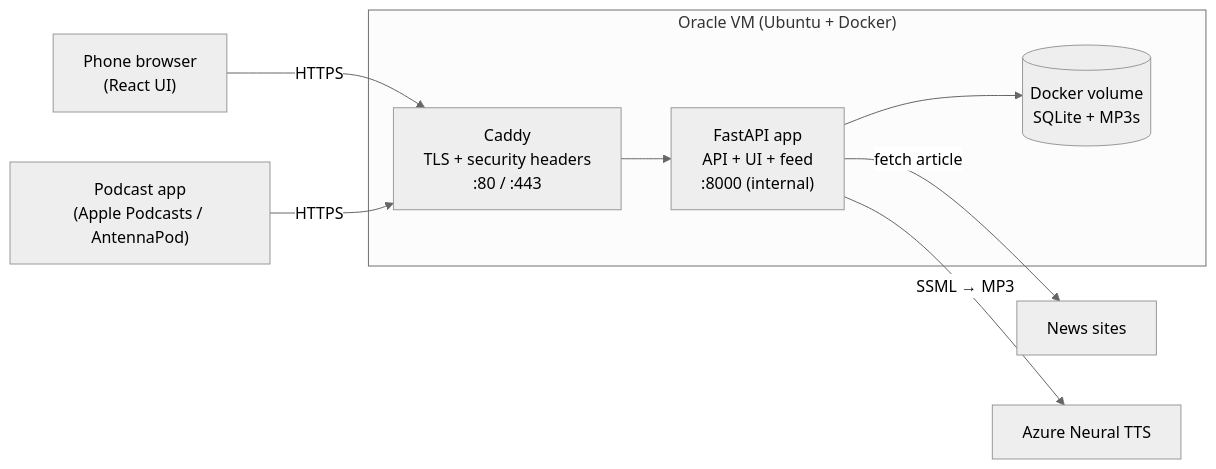
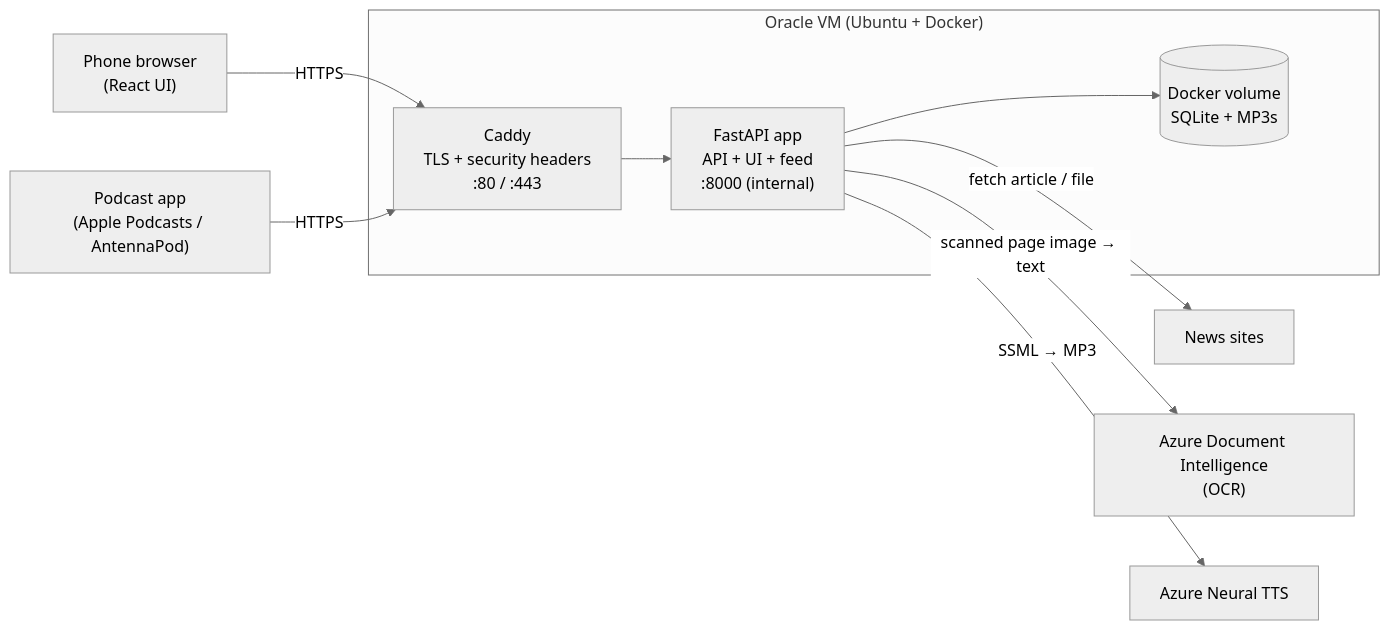
The first of 2 diagrams in ARCHITECTURE.md (OshriPolad/hebrew-reader), drawn with Mermaid (neutral theme) before and after one commit. The commit also changed other lines of this file and 25 other files, not shown here.

````diff
--- a/ARCHITECTURE.md
+++ b/ARCHITECTURE.md
@@ -7,11 +7,12 @@
 ```mermaid
 flowchart LR
     Phone["Phone browser<br/>(React UI)"] -- HTTPS --> Caddy
     Podcast["Podcast app<br/>(Apple Podcasts / AntennaPod)"] -- HTTPS --> Caddy
     subgraph VM["Oracle VM (Ubuntu + Docker)"]
         Caddy["Caddy<br/>TLS + security headers<br/>:80 / :443"] --> App["FastAPI app<br/>API + UI + feed<br/>:8000 (internal)"]
         App --> Vol[("Docker volume<br/>SQLite + MP3s")]
     end
-    App -- "fetch article" --> Web["News sites"]
+    App -- "fetch article / file" --> Web["News sites"]
+    App -- "scanned page image → text" --> DocInt["Azure Document Intelligence<br/>(OCR)"]
     App -- "SSML → MP3" --> Azure["Azure Neural TTS"]
 ```
````
